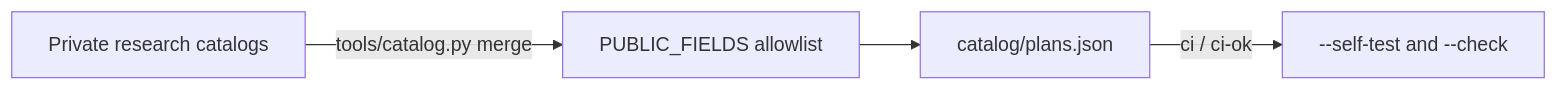
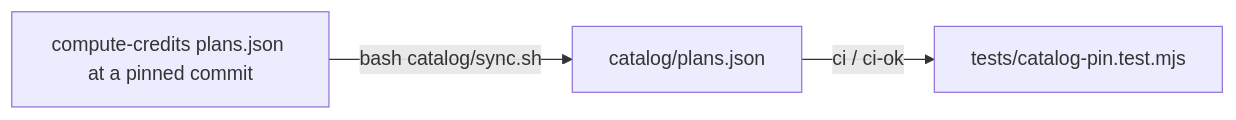
One commit to SoulCraft-Org/compute-crafter changed the diagram in catalog/README.md. Above: the diagram before and after it, drawn with Mermaid. The commit also changed other lines of this file and 14 other files, not shown here.

First line of the commit message:
Remove the catalog tools and re-read workflow that moved to compute-credits (#180)

````diff
--- a/catalog/README.md
+++ b/catalog/README.md
@@ -5,6 +7,5 @@
 ```mermaid
 flowchart LR
-  A[Private research catalogs] -->|tools/catalog.py merge| L[PUBLIC_FIELDS allowlist]
-  L --> P[catalog/plans.json]
-  P -->|ci / ci-ok| C[--self-test and --check]
+  A[compute-credits plans.json at a pinned commit] -->|bash catalog/sync.sh| P[catalog/plans.json]
+  P -->|ci / ci-ok| C[tests/catalog-pin.test.mjs]
 ```
````
